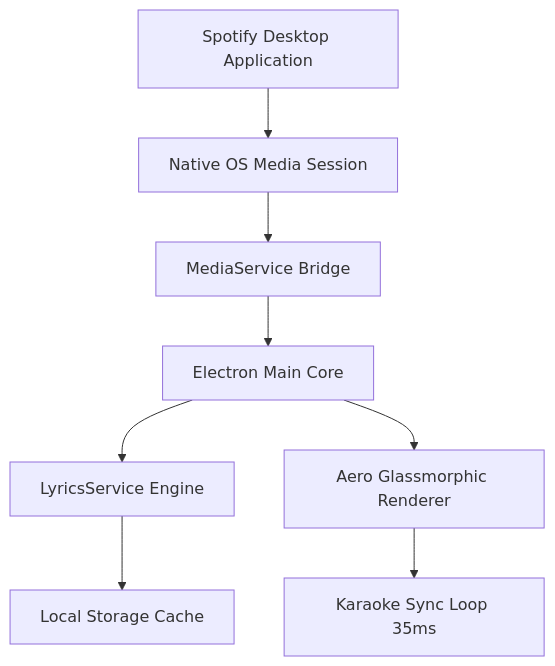
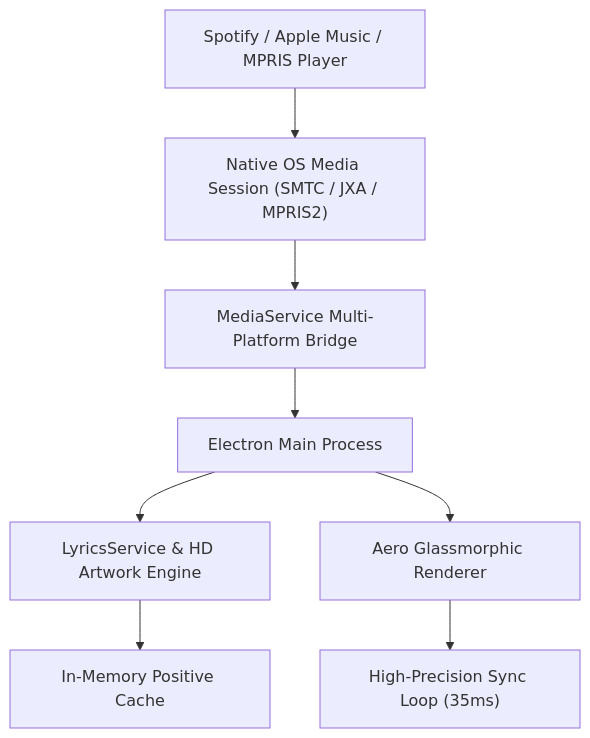
The diagram in README.md (malikp66/lively-lyrics), drawn with Mermaid before and after one commit. The commit also changed other lines of this file and 28 other files, not shown here.

Commit message:
feat: complete UI refinement and multi-platform release workflow

````diff
--- a/README.md
+++ b/README.md
@@ -245,10 +273,10 @@
 ```mermaid
 flowchart TD
-    Spotify["Spotify Desktop Application"] --> OS["Native OS Media Session"]
-    OS --> MediaService["MediaService Bridge"]
-    MediaService --> Main["Electron Main Core"]
-    Main --> LyricsService["LyricsService Engine"]
-    LyricsService --> Cache["Local Storage Cache"]
+    Player["Spotify / Apple Music / MPRIS Player"] --> OS["Native OS Media Session (SMTC / JXA / MPRIS2)"]
+    OS --> MediaService["MediaService Multi-Platform Bridge"]
+    MediaService --> Main["Electron Main Process"]
+    Main --> LyricsService["LyricsService & HD Artwork Engine"]
+    LyricsService --> Cache["In-Memory Positive Cache"]
     Main --> Renderer["Aero Glassmorphic Renderer"]
-    Renderer --> Sync["Karaoke Sync Loop 35ms"]
+    Renderer --> Sync["High-Precision Sync Loop (35ms)"]
 ```
````
